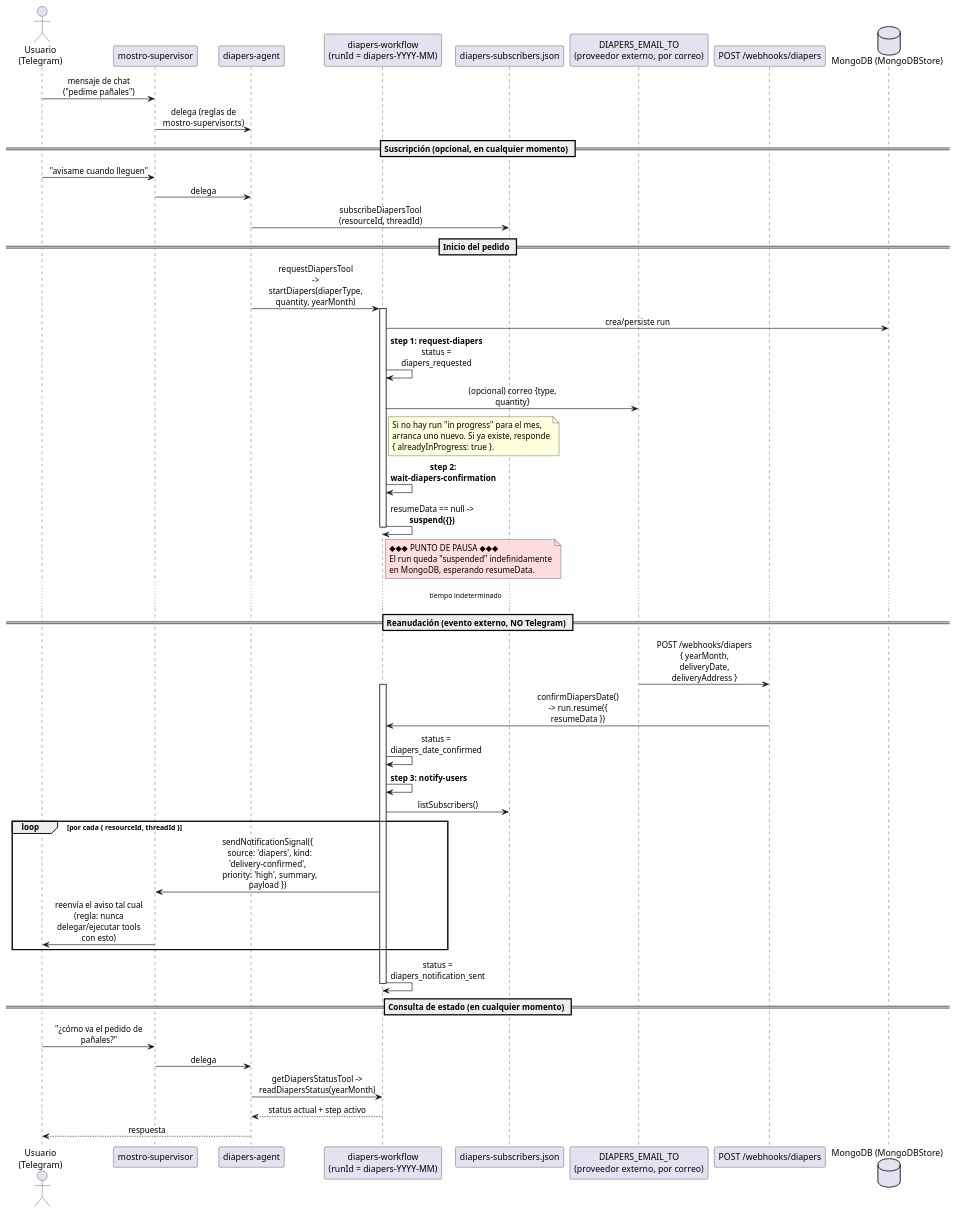
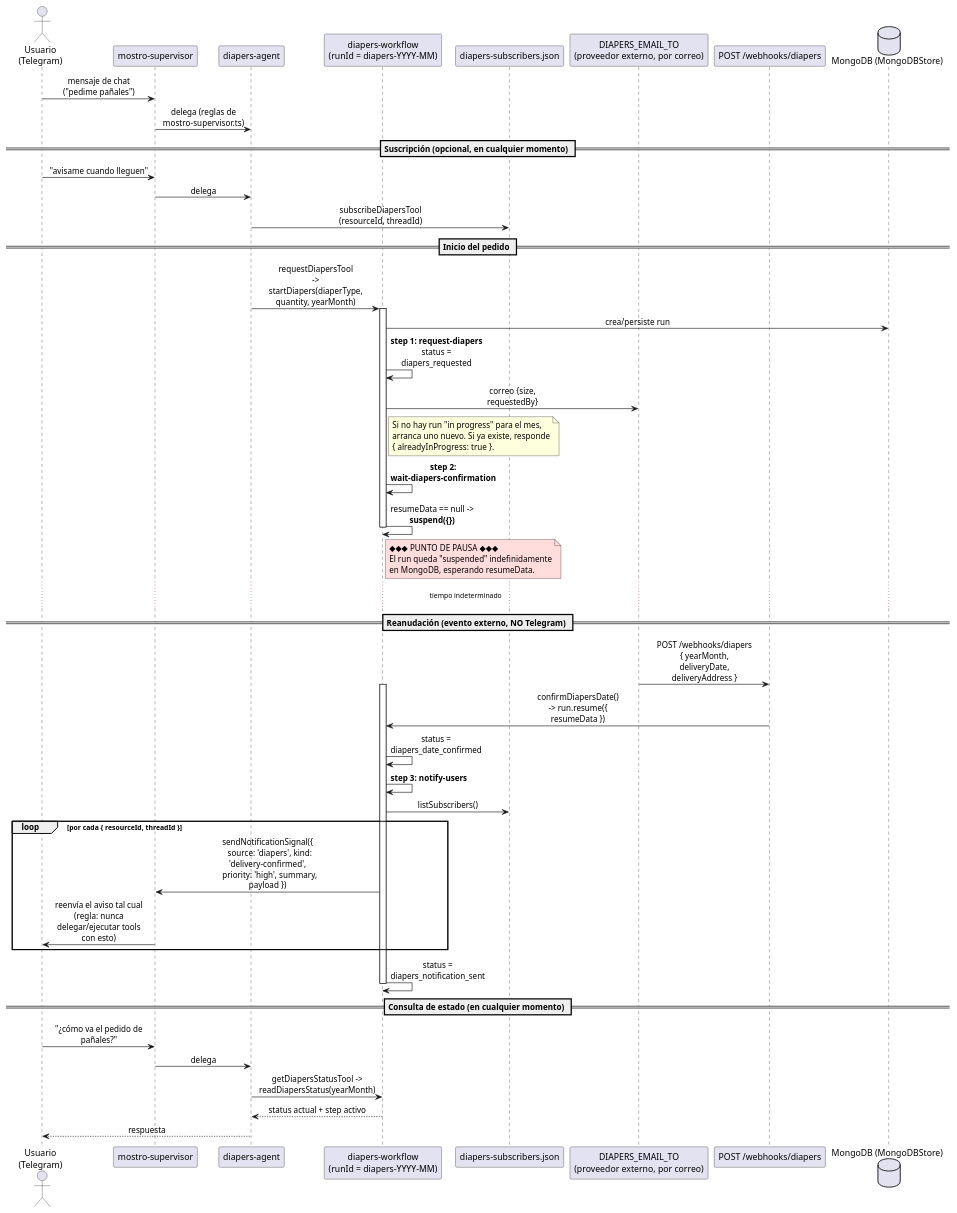
Before and after one commit to alex-bluetrain/mostro: the first of 2 diagrams in diapers-flow.md, drawn with PlantUML. The commit also changed 1 other file, not shown here.

Commit message:
fix: correct diapers diagram payload and translate Gmail README block to English
- diapers-flow.md: the outbound email send in request-diapers.step.ts is
  unconditional (DIAPERS_EMAIL_TO is required), so drop the stale
  (opcional) label; correct the named payload from {type, quantity} to
  {size, requestedBy}, matching what diapersRequestEmail actually sends.
- README.md: translate the Gmail setup block (Tech Stack bullet, env
  block, one-time setup steps, Scripts row) to English for consistency
  with the rest of the file; fix Scripts table column alignment.

````diff
--- a/diapers-flow.md
+++ b/diapers-flow.md
@@ -7,68 +7,68 @@
 ```plantuml
 @startuml diapers-sequence
 skinparam sequenceMessageAlign center
 skinparam maxMessageSize 160
 
 actor "Usuario\n(Telegram)" as User
 participant "mostro-supervisor" as Supervisor
 participant "diapers-agent" as Agent
 participant "diapers-workflow\n(runId = diapers-YYYY-MM)" as WF
 participant "diapers-subscribers.json" as Subs
 participant "DIAPERS_EMAIL_TO\n(proveedor externo, por correo)" as Provider
 participant "POST /webhooks/diapers" as Webhook
 database "MongoDB (MongoDBStore)" as DB
 
 User -> Supervisor: mensaje de chat\n("pedime pañales")
 Supervisor -> Agent: delega (reglas de mostro-supervisor.ts)
 
 == Suscripción (opcional, en cualquier momento) ==
 User -> Supervisor: "avisame cuando lleguen"
 Supervisor -> Agent: delega
 Agent -> Subs: subscribeDiapersTool\n(resourceId, threadId)
 
 == Inicio del pedido ==
 Agent -> WF: requestDiapersTool\n-> startDiapers(diaperType, quantity, yearMonth)
 activate WF
 WF -> DB: crea/persiste run
 WF -> WF: **step 1: request-diapers**\nstatus = diapers_requested
-WF -> Provider: (opcional) correo {type, quantity}
+WF -> Provider: correo {size, requestedBy}
 note right of WF
   Si no hay run "in progress" para el mes,
   arranca uno nuevo. Si ya existe, responde
   { alreadyInProgress: true }.
 end note
 
 WF -> WF: **step 2: wait-diapers-confirmation**
 WF -> WF: resumeData == null -> **suspend({})**
 note right of WF #FFDDDD
   ◆◆◆ PUNTO DE PAUSA ◆◆◆
   El run queda "suspended" indefinidamente
   en MongoDB, esperando resumeData.
 end note
 deactivate WF
 
 ... tiempo indeterminado ...
 
 == Reanudación (evento externo, NO Telegram) ==
 Provider -> Webhook: POST /webhooks/diapers\n{ yearMonth, deliveryDate, deliveryAddress }
 activate WF
 Webhook -> WF: confirmDiapersDate()\n-> run.resume({ resumeData })
 WF -> WF: status = diapers_date_confirmed
 
 WF -> WF: **step 3: notify-users**
 WF -> Subs: listSubscribers()
 loop por cada { resourceId, threadId }
   WF -> Supervisor: sendNotificationSignal({\n  source: 'diapers', kind: 'delivery-confirmed',\n  priority: 'high', summary, payload })
   Supervisor -> User: reenvía el aviso tal cual\n(regla: nunca delegar/ejecutar tools con esto)
 end
 WF -> WF: status = diapers_notification_sent
 deactivate WF
 
 == Consulta de estado (en cualquier momento) ==
 User -> Supervisor: "¿cómo va el pedido de pañales?"
 Supervisor -> Agent: delega
 Agent -> WF: getDiapersStatusTool -> readDiapersStatus(yearMonth)
 WF --> Agent: status actual + step activo
 Agent --> User: respuesta
 @enduml
 ```
````
